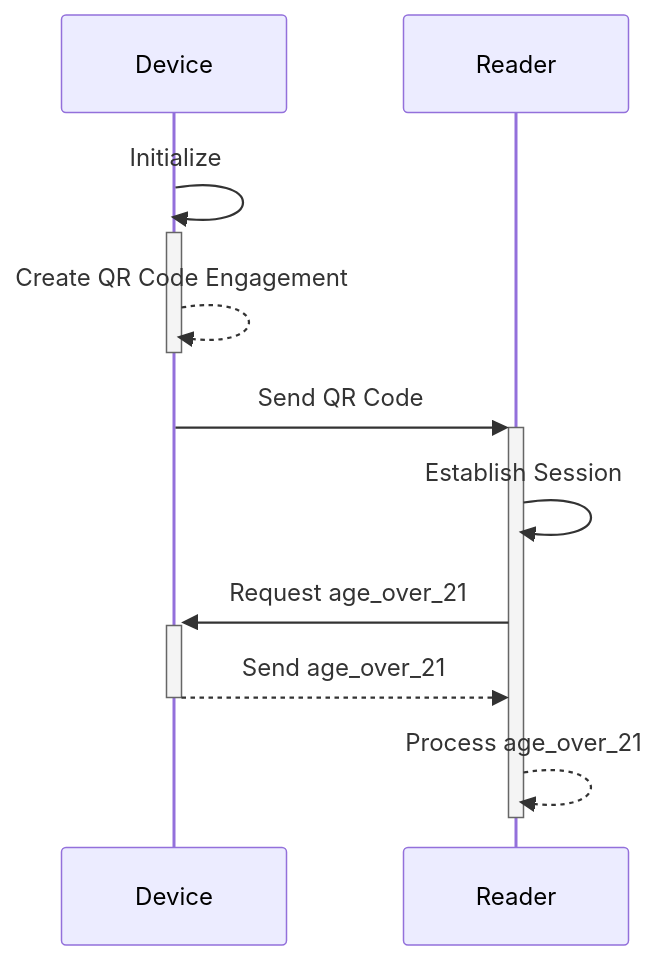
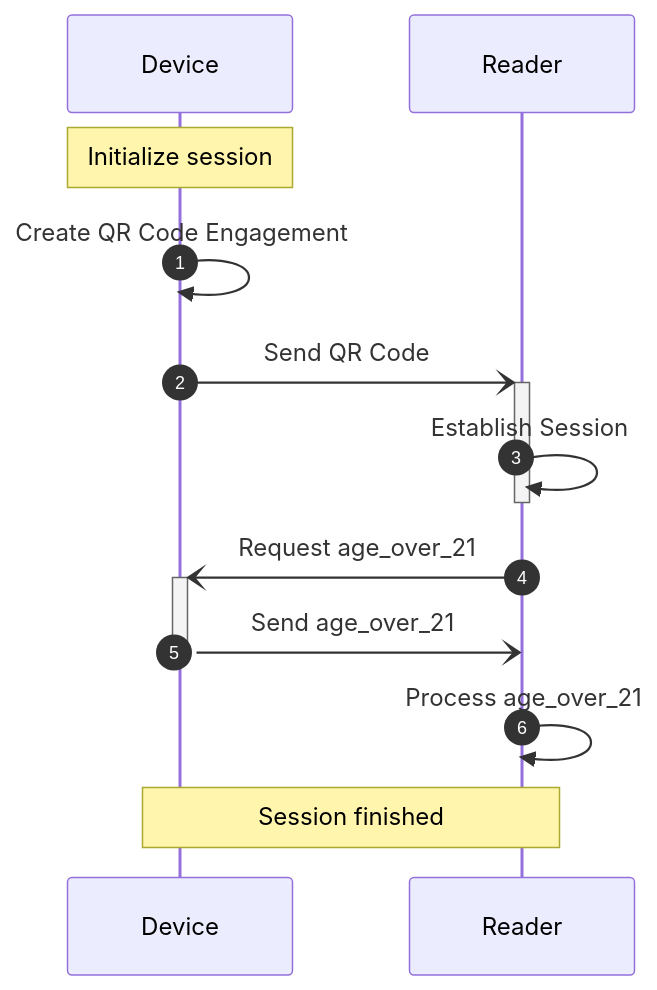
Before and after one commit to spruceid/isomdl: the diagram in README.md, drawn with Mermaid.

Commit message:
updated diagram for simulated device and reader interaction

````diff
--- a/README.md
+++ b/README.md
@@ -28,10 +28,12 @@
 ```mermaid
 sequenceDiagram
-    Device ->>+ Device: Initialize
-    Device -->>- Device: Create QR Code Engagement
-    Device ->>+ Reader: Send QR Code
-    Reader ->> Reader: Establish Session
-    Reader ->>+ Device: Request age_over_21
-    Device -->>- Reader: Send age_over_21
-    Reader -->>- Reader: Process age_over_21
+    autonumber
+    Note over Device: Initialize session
+    Device ->> Device: Create QR Code Engagement
+    Device -) + Reader: Send QR Code
+    Reader ->> - Reader: Establish Session
+    Reader -) + Device: Request age_over_21
+    Device -)- Reader: Send age_over_21
+    Reader ->> Reader: Process age_over_21
+    Note over Device, Reader: Session finished
 ```
````
